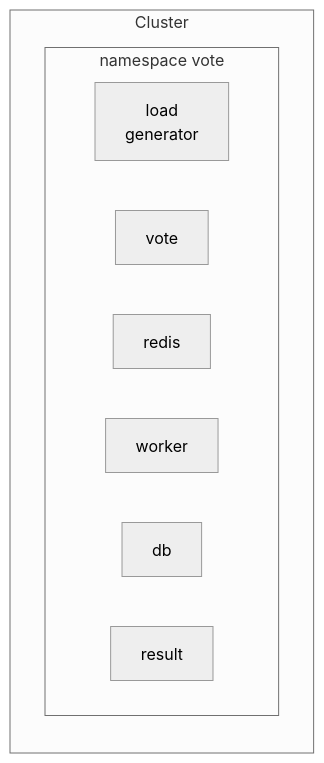
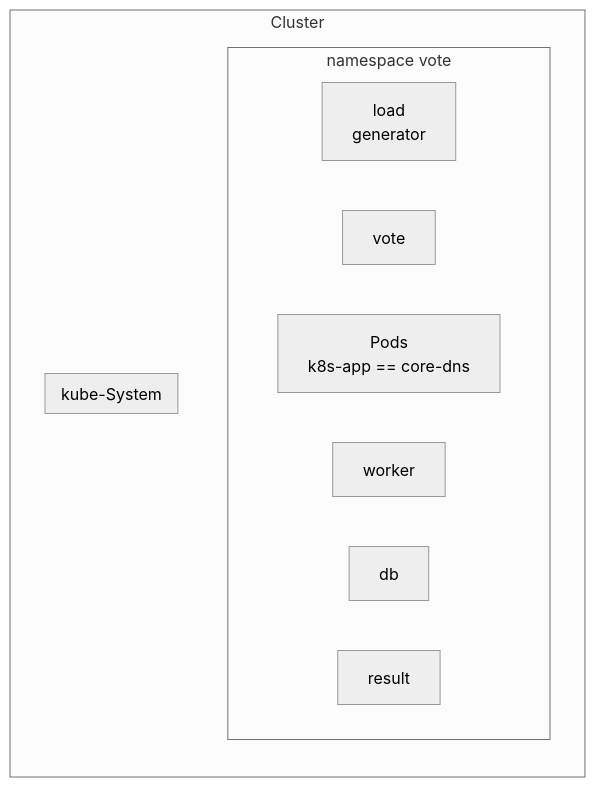
One commit to regisftm/owasp-toronto changed the second of 2 diagrams in README.md. Above: the diagram before and after it, drawn with Mermaid (neutral theme).

````diff
--- a/README.md
+++ b/README.md
@@ -75,13 +75,16 @@
 ```mermaid
 flowchart LR
 subgraph Cluster
     subgraph namespace vote
         A[load\n generator]
         B[vote]
         C[redis]
         D[worker]
         E[db]
         F[result]
     end
+    subgraph kube-System
+        C[Pods\nk8s-app == core-dns ]
+    end
 end
 ```
````
